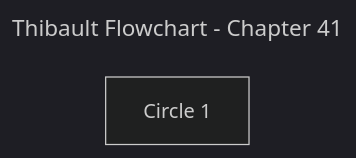
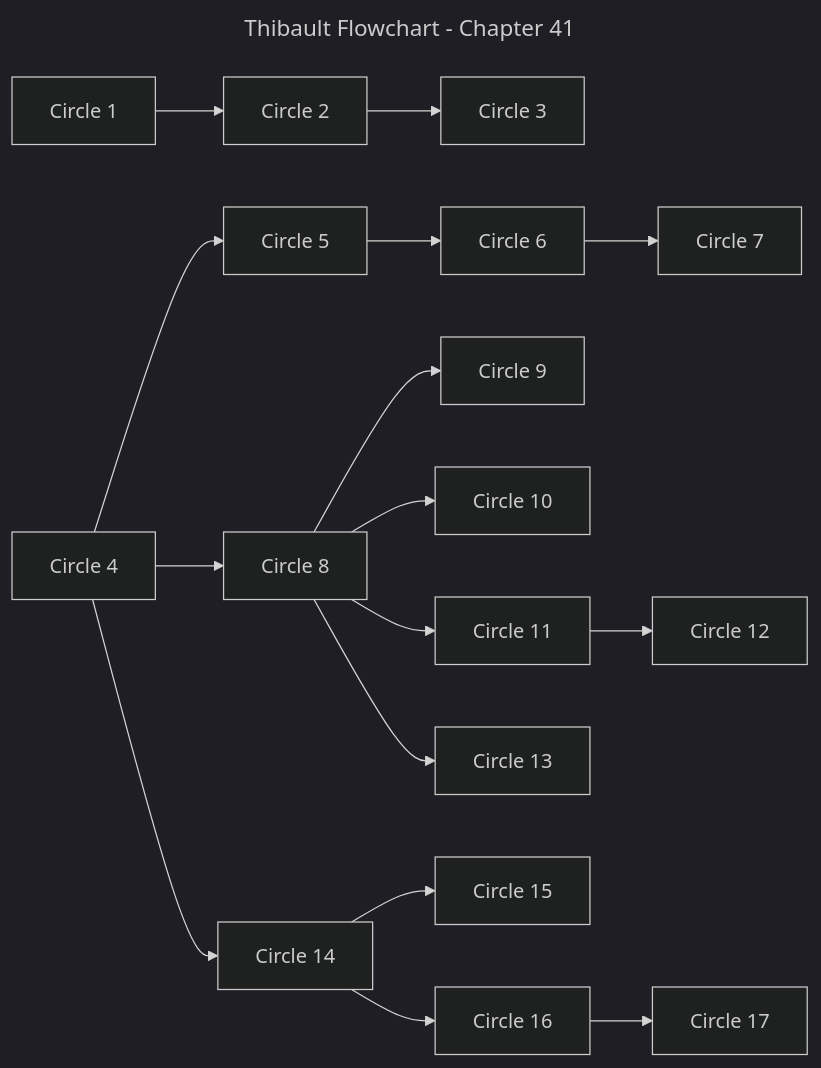
One commit to aquesnel/thibault-flowchart changed the diagram in flowchart-per-chapter/chapter-41.mmd. Above: the diagram before and after it, drawn with Mermaid (dark theme).

Commit message:
feat(ch41): initial flowchart of the circles

```diff
--- a/flowchart-per-chapter/chapter-41.mmd
+++ b/flowchart-per-chapter/chapter-41.mmd
@@ -1,10 +1,43 @@
 ---
 title: Thibault Flowchart - Chapter 41
 config:
   layout: dagre
   flowchart:
     htmlLabels: false
 ---
 flowchart LR
 	%% Nodes
 	B2_T10_C01["Circle 1"]
+	B2_T10_C02["Circle 2"]
+	B2_T10_C03["Circle 3"]
+	B2_T10_C04["Circle 4"]
+	B2_T10_C05["Circle 5"]
+	B2_T10_C06["Circle 6"]
+	B2_T10_C07["Circle 7"]
+	B2_T10_C08["Circle 8"]
+	B2_T10_C09["Circle 9"]
+	B2_T10_C10["Circle 10"]
+	B2_T10_C11["Circle 11"]
+	B2_T10_C12["Circle 12"]
+	B2_T10_C13["Circle 13"]
+	B2_T10_C14["Circle 14"]
+	B2_T10_C15["Circle 15"]
+	B2_T10_C16["Circle 16"]
+	B2_T10_C17["Circle 17"]
+
+	%% Edges
+	B2_T10_C01 --> B2_T10_C02
+	B2_T10_C02 --> B2_T10_C03
+	B2_T10_C04 --> B2_T10_C05
+	B2_T10_C05 --> B2_T10_C06
+	B2_T10_C06 --> B2_T10_C07
+	B2_T10_C04 --> B2_T10_C08
+	B2_T10_C08 --> B2_T10_C09
+	B2_T10_C08 --> B2_T10_C10
+	B2_T10_C08 --> B2_T10_C11
+	B2_T10_C11 --> B2_T10_C12
+	B2_T10_C08 --> B2_T10_C13
+	B2_T10_C04 --> B2_T10_C14
+	B2_T10_C14 --> B2_T10_C15
+	B2_T10_C14 --> B2_T10_C16
+	B2_T10_C16 --> B2_T10_C17
```
